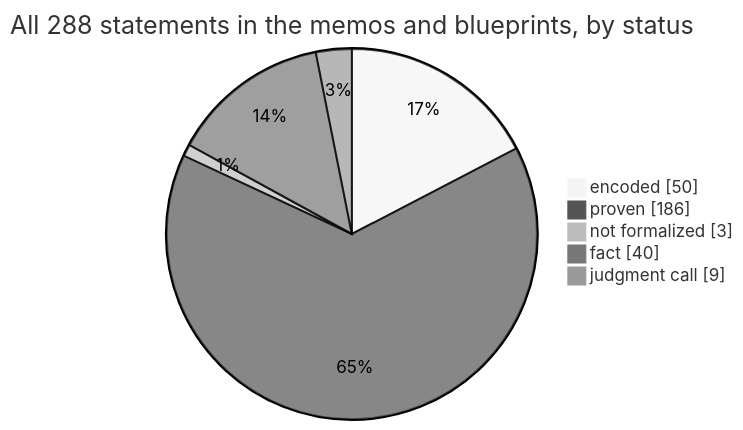
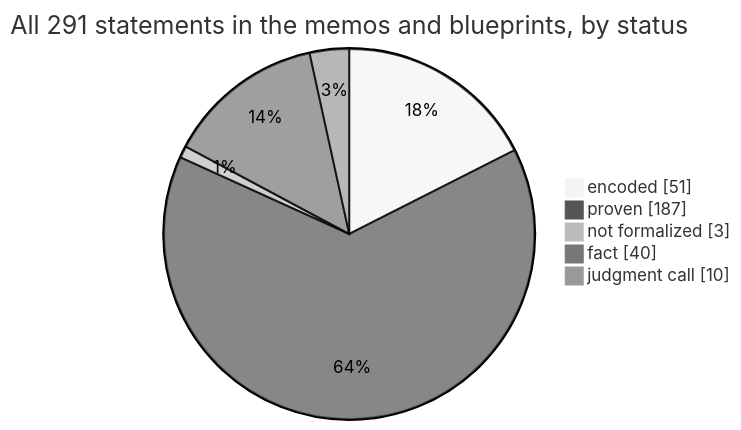
One commit to SeanWMurray/Canteen changed the first of 4 diagrams in docs/graphs/dashboard.md. Above: the diagram before and after it, drawn with Mermaid (neutral theme). The commit also changed other lines of this file and 6 other files, not shown here.

````diff
--- a/docs/graphs/dashboard.md
+++ b/docs/graphs/dashboard.md
@@ -11,8 +11,8 @@
 ```mermaid
-pie showData title All 288 statements in the memos and blueprints, by status
-    "encoded" : 50
-    "proven" : 186
+pie showData title All 291 statements in the memos and blueprints, by status
+    "encoded" : 51
+    "proven" : 187
     "not formalized" : 3
     "fact" : 40
-    "judgment call" : 9
+    "judgment call" : 10
 ```
````
